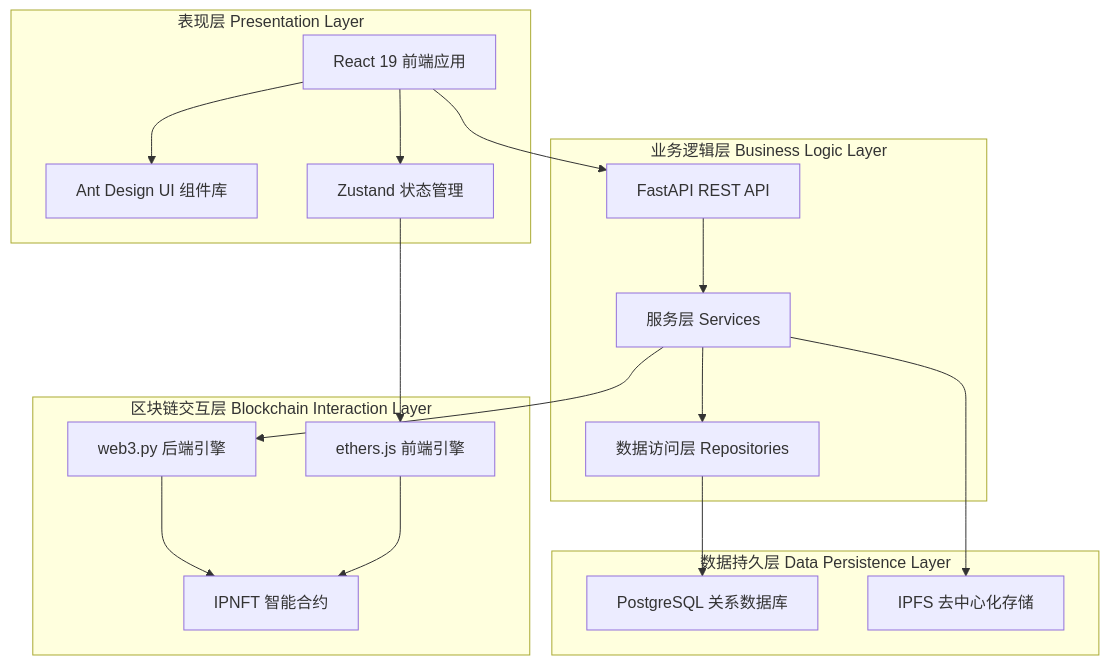
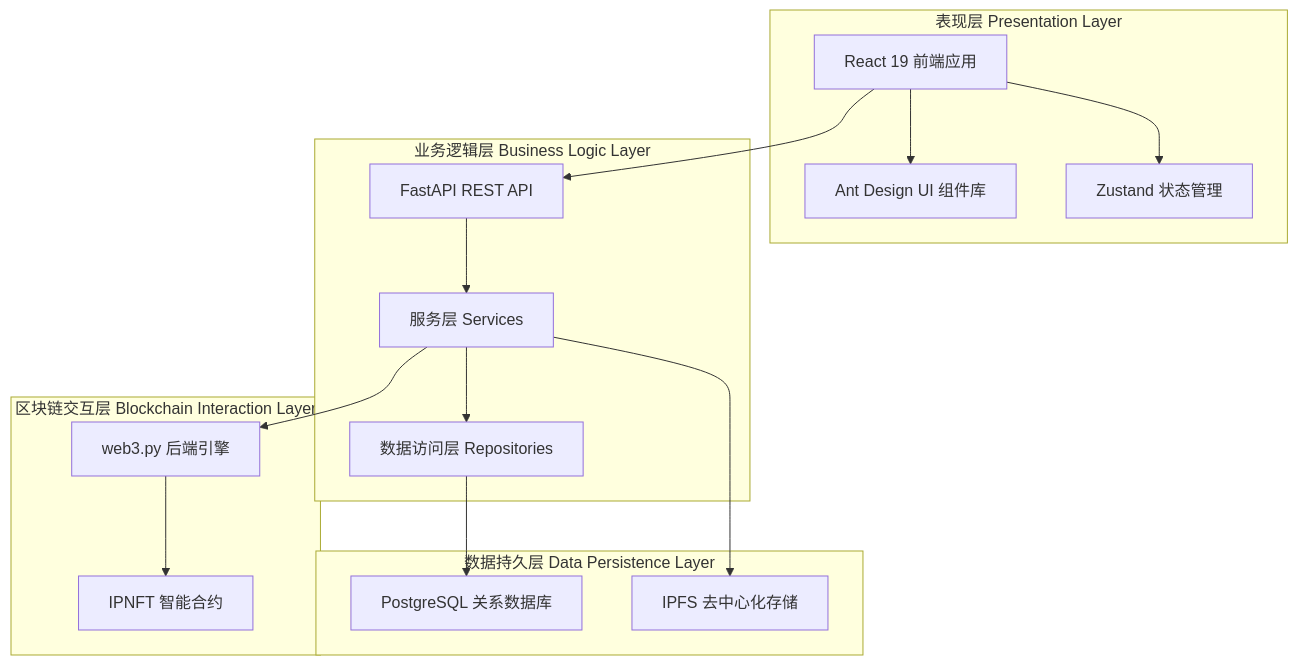
The first of 10 diagrams in docs/web2-web3-architecture.md (Daniele111222/web3.0_system), drawn with Mermaid before and after one commit. The commit also changed other lines of this file and 2 other files, not shown here.

````diff
--- a/docs/web2-web3-architecture.md
+++ b/docs/web2-web3-architecture.md
@@ -90,37 +87,34 @@
 ```mermaid
 graph TB
     subgraph "表现层 Presentation Layer"
         A1[React 19 前端应用]
         A2[Ant Design UI 组件库]
         A3[Zustand 状态管理]
     end
-    
+
     subgraph "业务逻辑层 Business Logic Layer"
         B1[FastAPI REST API]
         B2[服务层 Services]
         B3[数据访问层 Repositories]
     end
-    
+
     subgraph "数据持久层 Data Persistence Layer"
         C1[PostgreSQL 关系数据库]
         C2[IPFS 去中心化存储]
     end
-    
+
     subgraph "区块链交互层 Blockchain Interaction Layer"
-        D1[ethers.js 前端引擎]
-        D2[web3.py 后端引擎]
-        D3[IPNFT 智能合约]
+        D1[web3.py 后端引擎]
+        D2[IPNFT 智能合约]
     end
-    
+
     A1 --> A2
     A1 --> A3
     A1 --> B1
-    A3 --> D1
     B1 --> B2
     B2 --> B3
     B3 --> C1
-    B2 --> D2
-    D2 --> D3
-    D1 --> D3
+    B2 --> D1
+    D1 --> D2
     B2 --> C2
 ```
````
